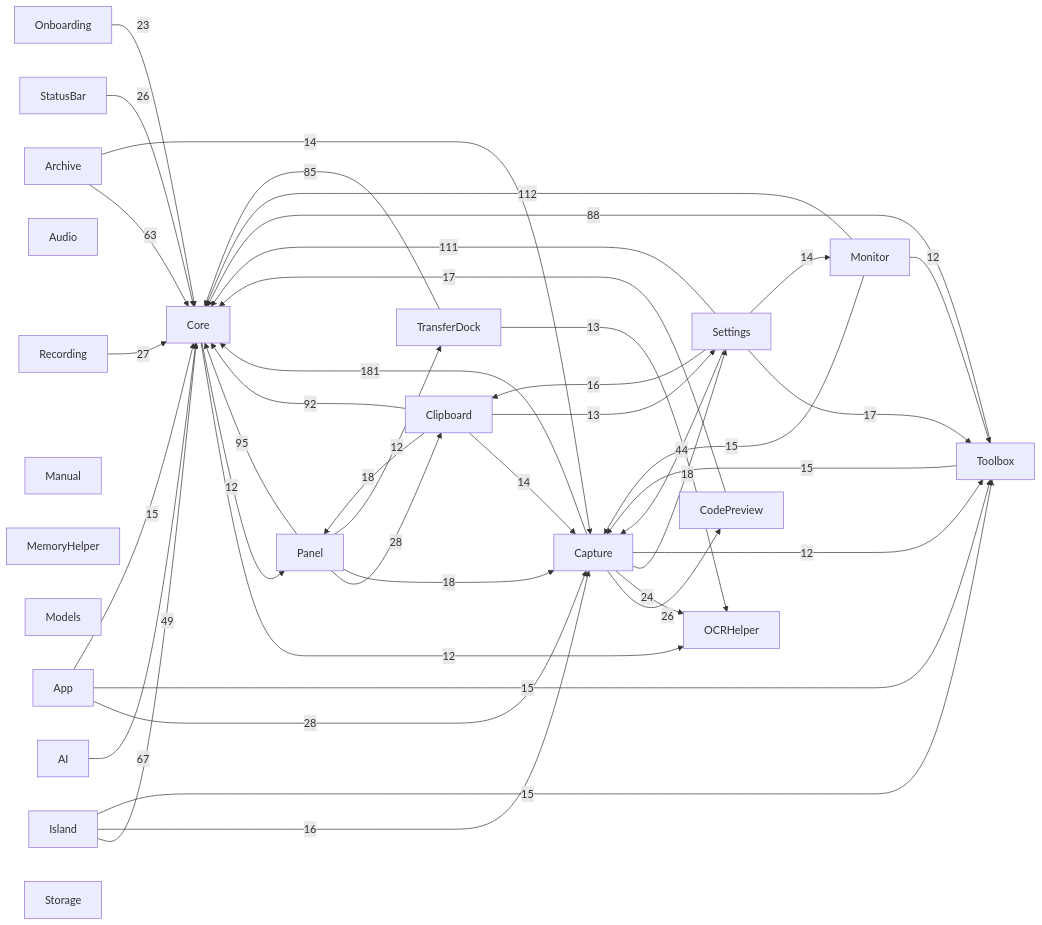
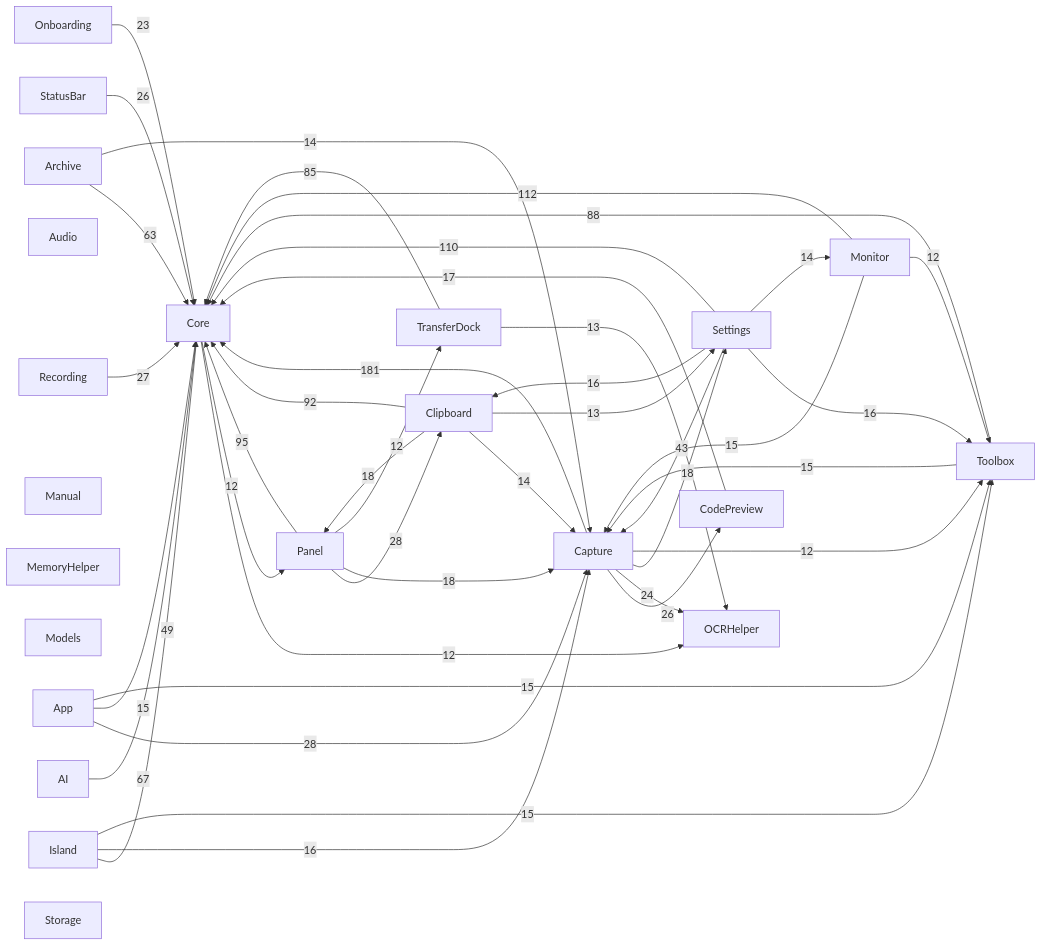
Before and after one commit to sxyq/Kitnest: the diagram in docs/00-总览/模块依赖图.md, drawn with Mermaid. The commit also changed other lines of this file and 7 other files, not shown here.

````diff
--- a/docs/00-总览/模块依赖图.md
+++ b/docs/00-总览/模块依赖图.md
@@ -36,65 +36,65 @@
 ```mermaid
 flowchart LR
   M0["AI"]
   M1["App"]
   M2["Archive"]
   M3["Audio"]
   M4["Capture"]
   M5["Clipboard"]
   M6["CodePreview"]
   M7["Core"]
   M8["Island"]
   M9["Manual"]
   M10["MemoryHelper"]
   M11["Models"]
   M12["Monitor"]
   M13["OCRHelper"]
   M14["Onboarding"]
   M15["Panel"]
   M16["Recording"]
   M17["Settings"]
   M18["StatusBar"]
   M19["Storage"]
   M20["Toolbox"]
   M21["TransferDock"]
   M4 -->|181| M7
   M12 -->|112| M7
-  M17 -->|111| M7
+  M17 -->|110| M7
   M15 -->|95| M7
   M5 -->|92| M7
   M20 -->|88| M7
   M21 -->|85| M7
   M0 -->|67| M7
   M2 -->|63| M7
   M8 -->|49| M7
-  M17 -->|44| M4
+  M17 -->|43| M4
   M1 -->|28| M4
   M15 -->|28| M5
   M16 -->|27| M7
   M4 -->|26| M6
   M18 -->|26| M7
   M4 -->|24| M13
   M14 -->|23| M7
   M4 -->|18| M17
   M15 -->|18| M4
   M5 -->|18| M15
-  M17 -->|17| M20
   M6 -->|17| M7
   M17 -->|16| M5
+  M17 -->|16| M20
   M8 -->|16| M4
+  M1 -->|15| M7
   M1 -->|15| M20
-  M1 -->|15| M7
   M12 -->|15| M4
   M20 -->|15| M4
   M8 -->|15| M20
   M17 -->|14| M12
   M2 -->|14| M4
   M5 -->|14| M4
   M21 -->|13| M13
   M5 -->|13| M17
   M7 -->|12| M13
   M7 -->|12| M15
   M4 -->|12| M20
   M12 -->|12| M20
   M15 -->|12| M21
 ```
````
